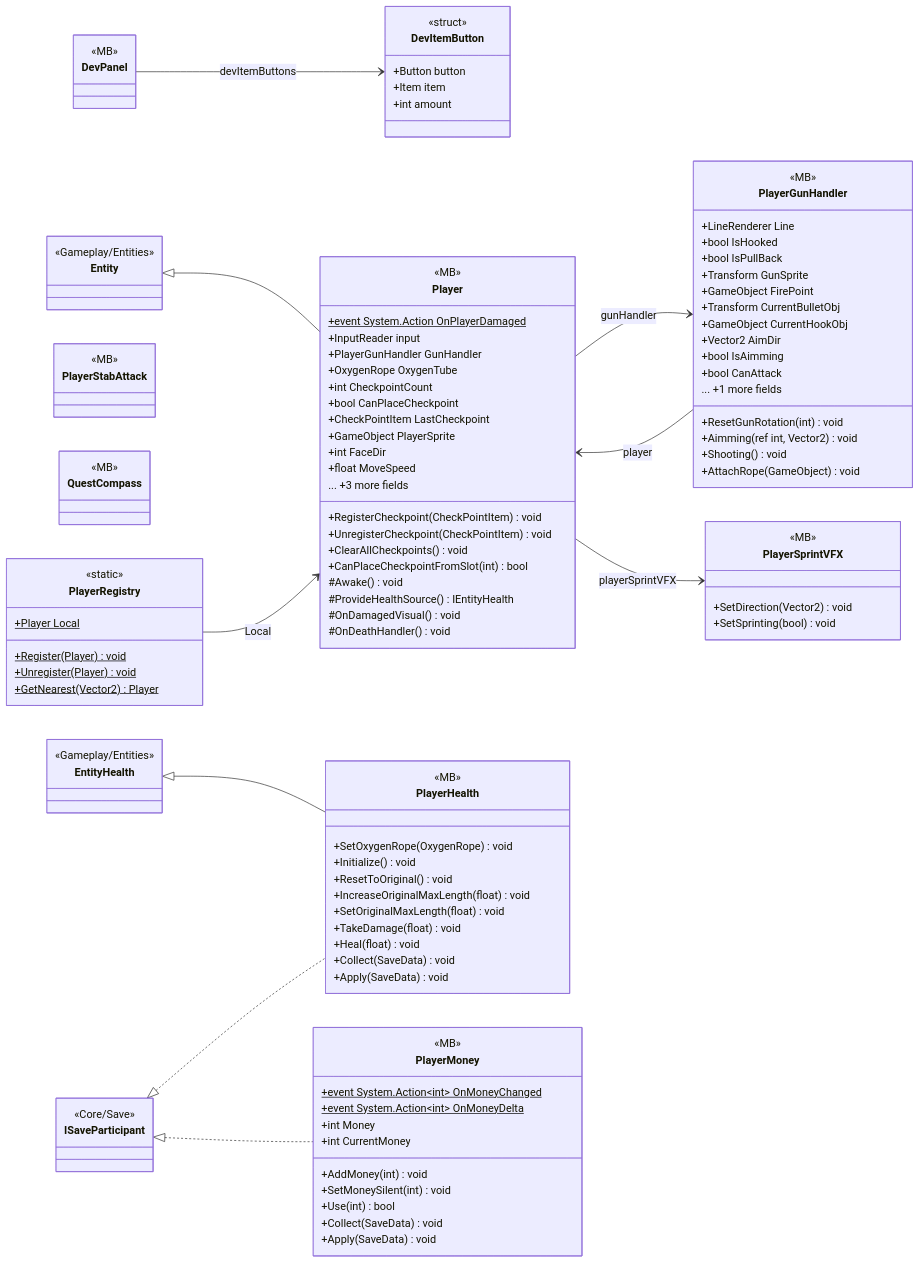
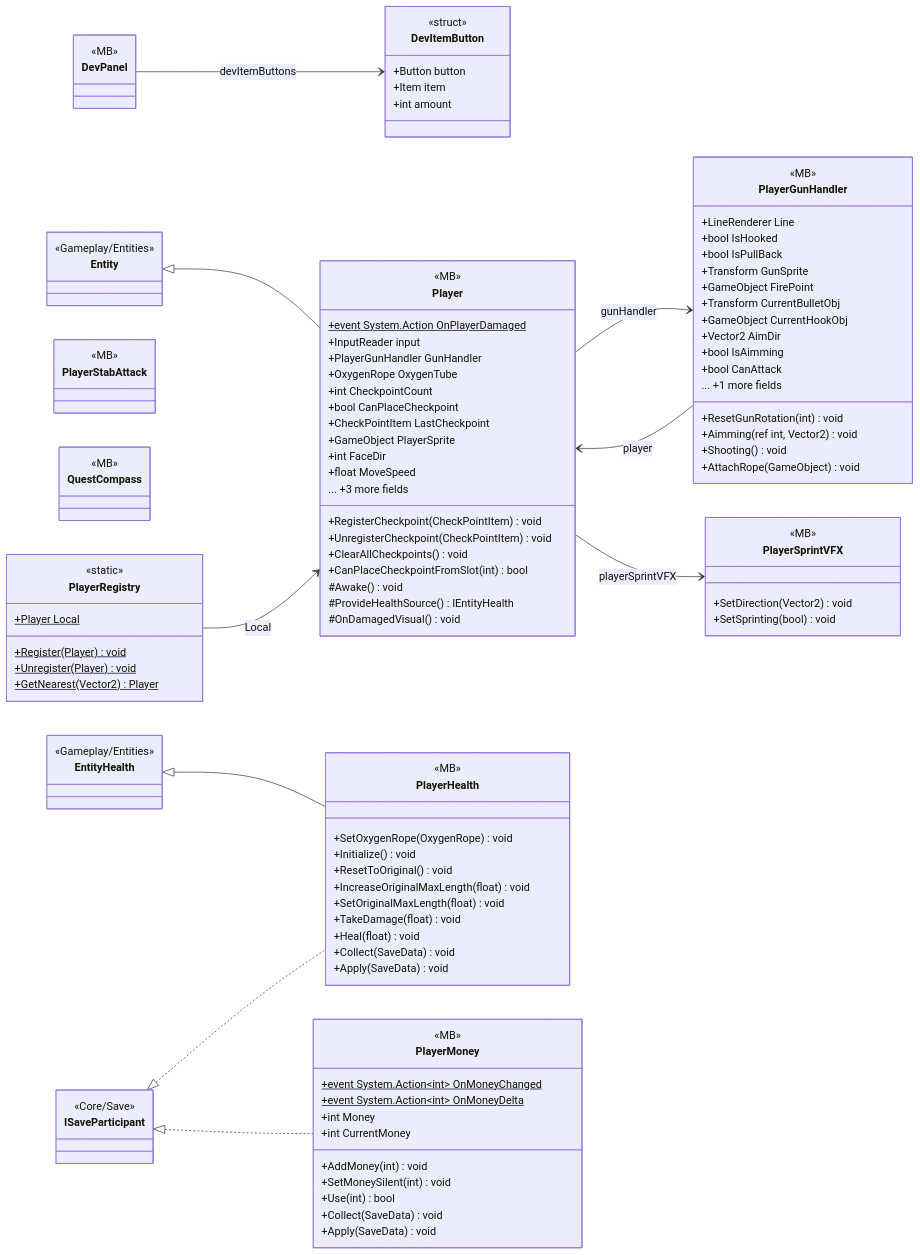
One commit to PhumipatWave/project-ocean changed the diagram in docs/uml/modules/Gameplay_Entities_Players.md. Above: the diagram before and after it, drawn with Mermaid. The commit also changed other lines of this file and 52 other files, not shown here.

```diff
--- a/docs/uml/modules/Gameplay_Entities_Players.md
+++ b/docs/uml/modules/Gameplay_Entities_Players.md
@@ -36,7 +36,6 @@
     #Awake() void
     #ProvideHealthSource() IEntityHealth
     #OnDamagedVisual() void
-    #OnDeathHandler() void
   }
   class PlayerGunHandler {
     <<MB>>
```
